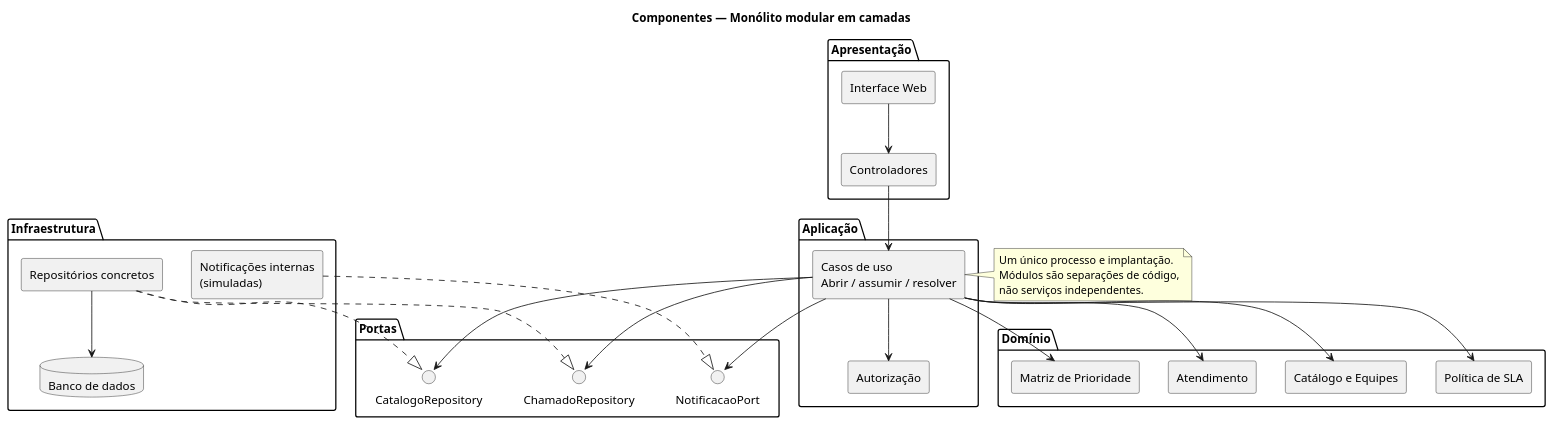
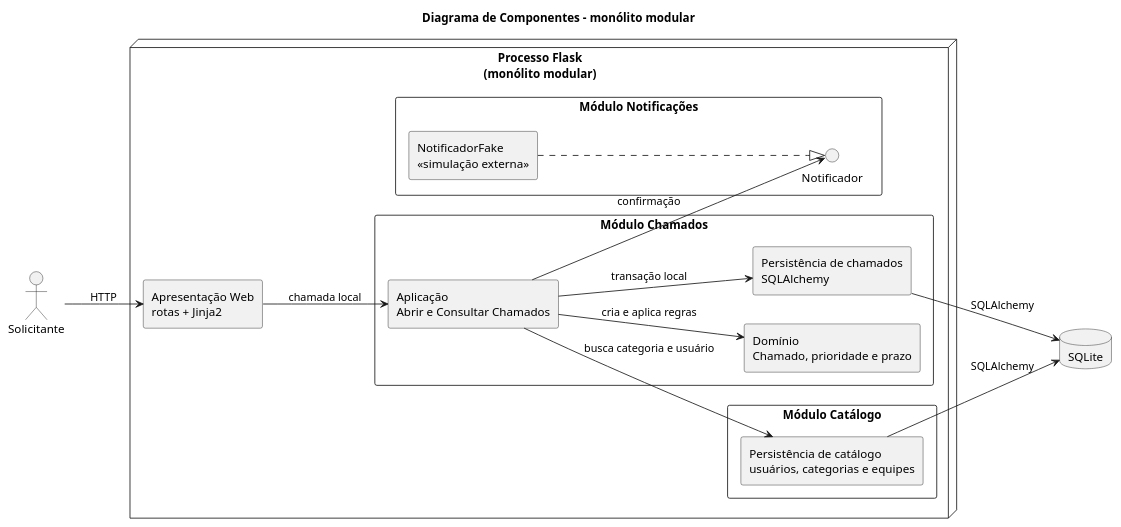
The diagram in docs/diagramas/componentes.puml (ricardobacano/Trabalho-Design-), drawn with PlantUML before and after one commit. The commit also changed 11 other files, not shown here.

Commit message:
docs(uml): atualiza diagramas do fluxo de abertura

```diff
--- a/docs/diagramas/componentes.puml
+++ b/docs/diagramas/componentes.puml
@@ -1,55 +1,39 @@
 @startuml
-title Componentes — Monólito modular em camadas
+title Diagrama de Componentes - monólito modular
 skinparam componentStyle rectangle
+skinparam packageStyle rectangle
+left to right direction
 
-package "Apresentação" {
-  component "Interface Web" as Web
-  component "Controladores" as Controllers
+actor Solicitante
+
+node "Processo Flask\n(monólito modular)" {
+  component "Apresentação Web\nrotas + Jinja2" as Web
+
+  package "Módulo Chamados" {
+    component "Aplicação\nAbrir e Consultar Chamados" as App
+    component "Domínio\nChamado, prioridade e prazo" as Domain
+    component "Persistência de chamados\nSQLAlchemy" as TicketPersistence
+  }
+
+  package "Módulo Catálogo" {
+    component "Persistência de catálogo\nusuários, categorias e equipes" as Catalog
+  }
+
+  package "Módulo Notificações" {
+    interface Notificador
+    component "NotificadorFake\n<<simulação externa>>" as Fake
+  }
 }
 
-package "Aplicação" {
-  component "Casos de uso\nAbrir / assumir / resolver" as UseCases
-  component "Autorização" as Authz
-}
+database "SQLite" as DB
 
-package "Domínio" {
-  component "Atendimento" as Atendimento
-  component "Matriz de Prioridade" as Priority
-  component "Política de SLA" as SLA
-  component "Catálogo e Equipes" as Catalog
-}
-
-package "Portas" {
-  interface "ChamadoRepository" as TicketPort
-  interface "CatalogoRepository" as CatalogPort
-  interface "NotificacaoPort" as NotificationPort
-}
-
-package "Infraestrutura" {
-  component "Repositórios concretos" as Repositories
-  database "Banco de dados" as DB
-  component "Notificações internas\n(simuladas)" as Notifications
-}
-
-Web --> Controllers
-Controllers --> UseCases
-UseCases --> Authz
-UseCases --> Atendimento
-UseCases --> Catalog
-UseCases --> Priority
-UseCases --> SLA
-UseCases --> TicketPort
-UseCases --> CatalogPort
-UseCases --> NotificationPort
-
-Repositories ..|> TicketPort
-Repositories ..|> CatalogPort
-Repositories --> DB
-Notifications ..|> NotificationPort
-
-note right of UseCases
-  Um único processo e implantação.
-  Módulos são separações de código,
-  não serviços independentes.
-end note
+Solicitante --> Web : HTTP
+Web --> App : chamada local
+App --> Domain : cria e aplica regras
+App --> Catalog : busca categoria e usuário
+App --> TicketPersistence : transação local
+App --> Notificador : confirmação
+Fake ..|> Notificador
+TicketPersistence --> DB : SQLAlchemy
+Catalog --> DB : SQLAlchemy
 @enduml
```
